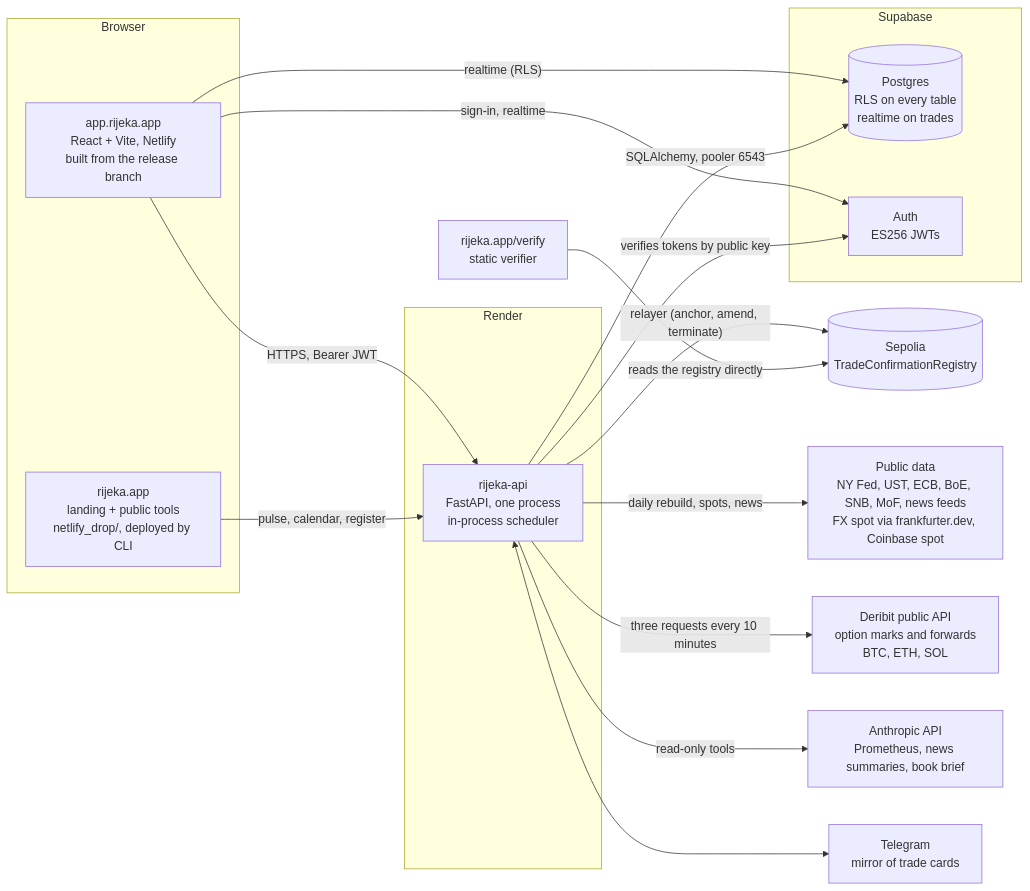
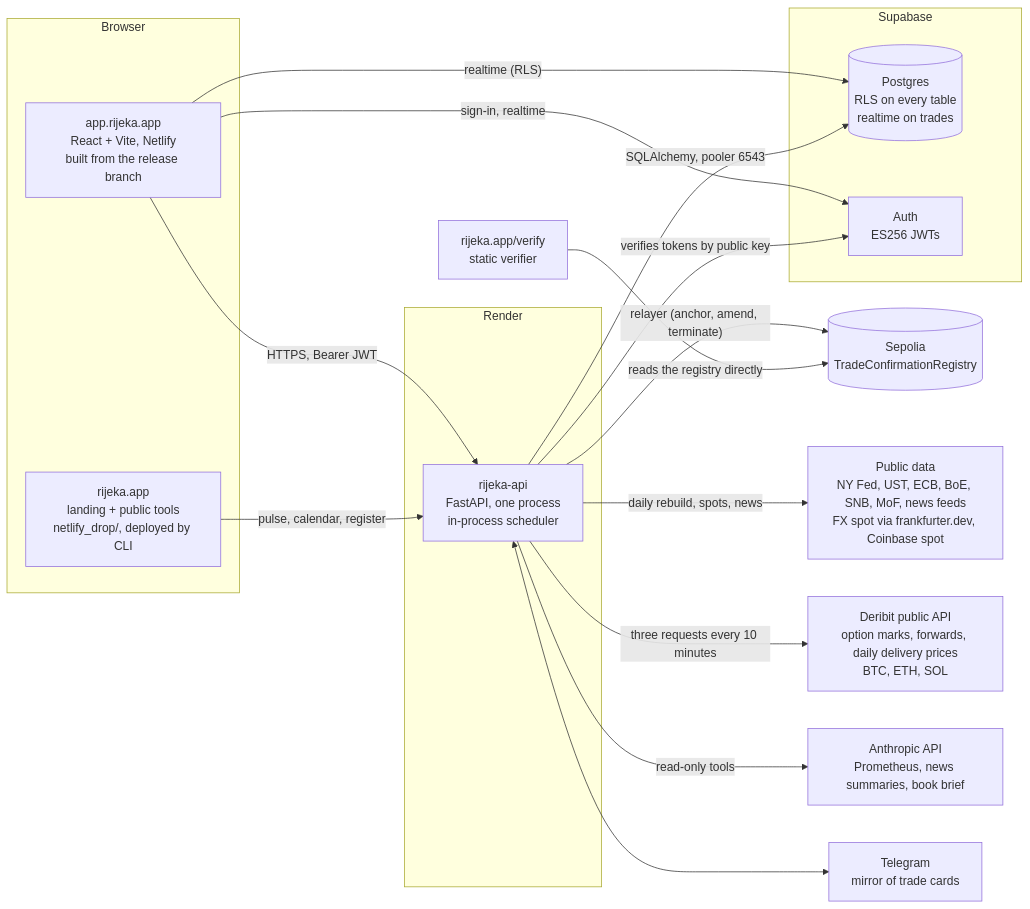
The diagram in docs/architecture.md (MikoDevedzic/rijeka), drawn with Mermaid before and after one commit. The commit also changed other lines of this file and 36 other files, not shown here.

````diff
--- a/docs/architecture.md
+++ b/docs/architecture.md
@@ -9,31 +9,31 @@
 ```mermaid
 flowchart LR
   subgraph Browser
     APP[app.rijeka.app<br/>React + Vite, Netlify<br/>built from the release branch]
     LAND[rijeka.app<br/>landing + public tools<br/>netlify_drop/, deployed by CLI]
   end
   subgraph Render
     API[rijeka-api<br/>FastAPI, one process<br/>in-process scheduler]
   end
   subgraph Supabase
     PG[(Postgres<br/>RLS on every table<br/>realtime on trades)]
     AUTH[Auth<br/>ES256 JWTs]
   end
   CHAIN[(Sepolia<br/>TradeConfirmationRegistry)]
   PUB[Public data<br/>NY Fed, UST, ECB, BoE, SNB, MoF, news feeds<br/>FX spot via frankfurter.dev, Coinbase spot]
-  VENUE[Deribit public API<br/>option marks and forwards<br/>BTC, ETH, SOL]
+  VENUE[Deribit public API<br/>option marks, forwards, daily delivery prices<br/>BTC, ETH, SOL]
   ANTH[Anthropic API<br/>Prometheus, news summaries, book brief]
   TG[Telegram<br/>mirror of trade cards]
   APP -- "HTTPS, Bearer JWT" --> API
   APP -- "sign-in, realtime" --> AUTH
   APP -- "realtime (RLS)" --> PG
   API -- "SQLAlchemy, pooler 6543" --> PG
   API -- "verifies tokens by public key" --> AUTH
   API -- "relayer (anchor, amend, terminate)" --> CHAIN
   API -- "daily rebuild, spots, news" --> PUB
   API -- "three requests every 10 minutes" --> VENUE
   API -- "read-only tools" --> ANTH
   API <--> TG
   LAND -- "pulse, calendar, register" --> API
   VERIFY[rijeka.app/verify<br/>static verifier] -- "reads the registry directly" --> CHAIN
 ```
````
